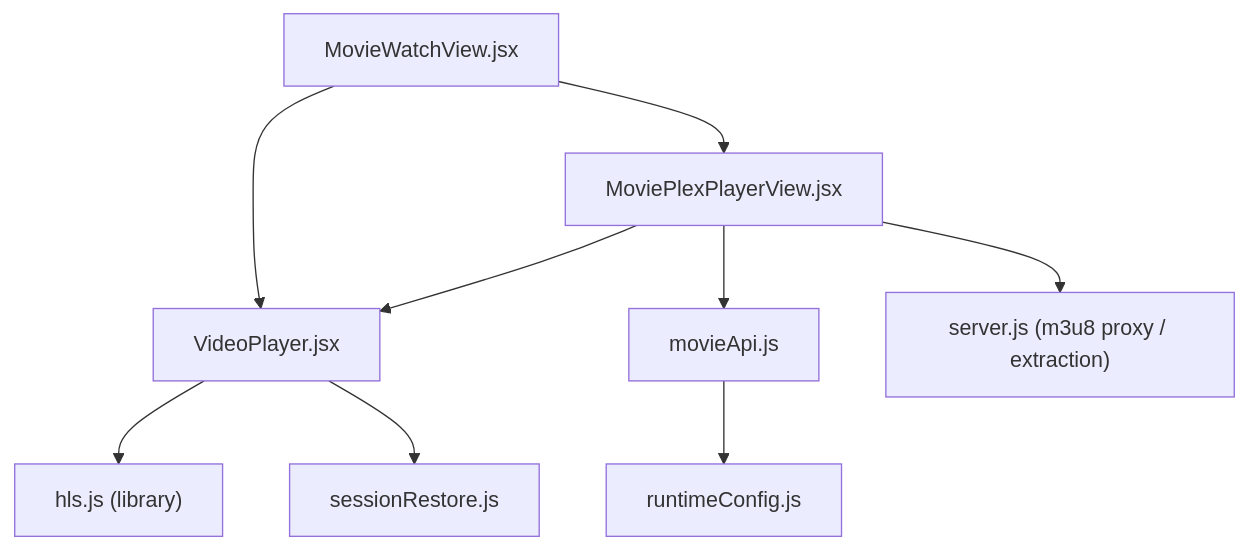
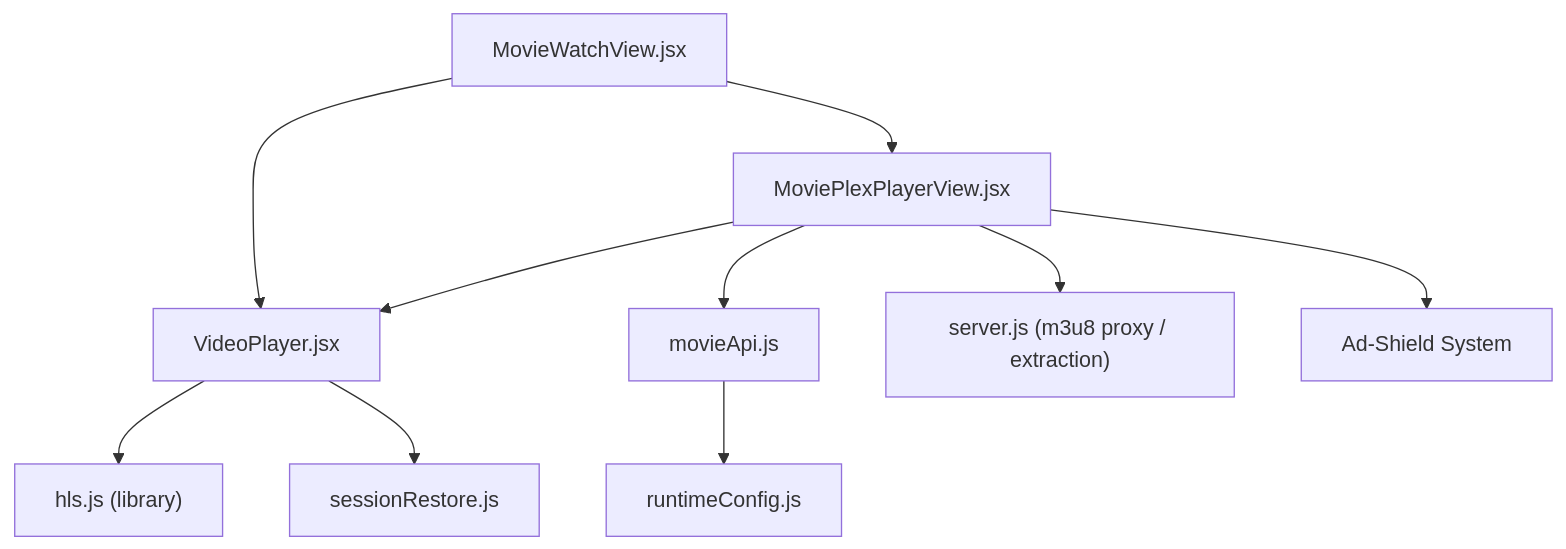
The first of 9 diagrams in .qoder/repowiki/en/content/Content Management/Movie Collection/Movie Watch View.md (techniciansupremus-lab/Project-Anime), drawn with Mermaid before and after one commit. The commit also changed other lines of this file and 101 other files, not shown here.

````diff
--- a/.qoder/repowiki/en/content/Content Management/Movie Collection/Movie Watch View.md
+++ b/.qoder/repowiki/en/content/Content Management/Movie Collection/Movie Watch View.md
@@ -36,11 +46,12 @@
 ```mermaid
 graph TB
 MWV["MovieWatchView.jsx"] --> MPV["MoviePlexPlayerView.jsx"]
 MWV --> VP["VideoPlayer.jsx"]
 MPV --> VP
 MPV --> API["movieApi.js"]
 API --> RC["runtimeConfig.js"]
 VP --> HLS["hls.js (library)"]
 VP --> SR["sessionRestore.js"]
 MPV --> SVR["server.js (m3u8 proxy / extraction)"]
+MPV --> SHIELD["Ad-Shield System"]
 ```
````
